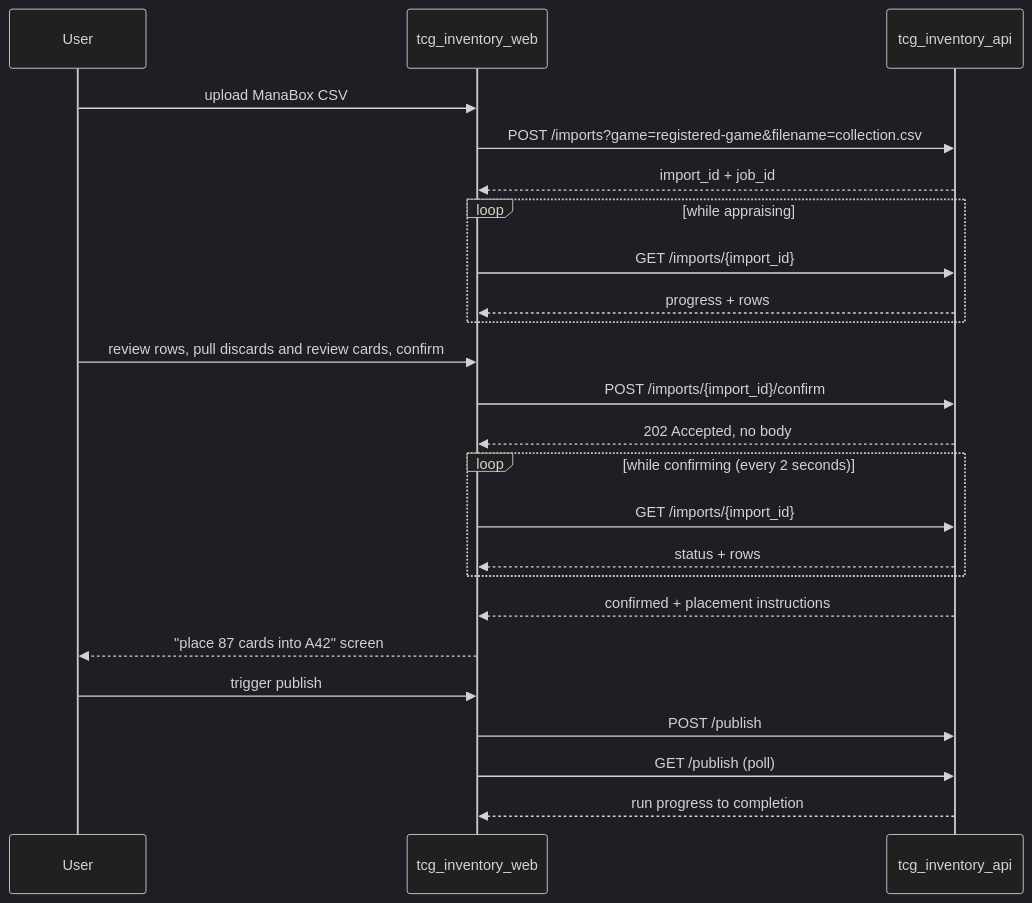
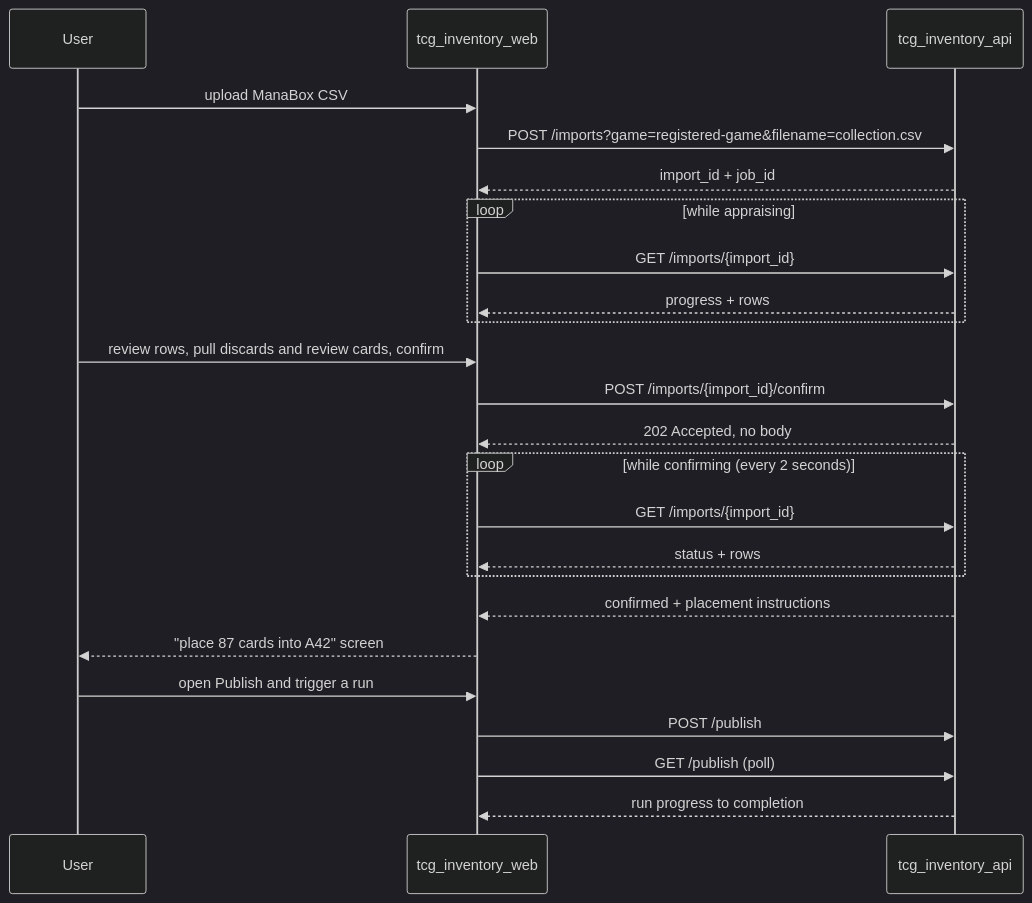
Before and after one commit to jordansimsmith/jordansimsmith-com: the second of 3 diagrams in tcg_inventory_web/README.md, drawn with Mermaid (dark theme). The commit also changed other lines of this file and 11 other files, not shown here.

````diff
--- a/tcg_inventory_web/README.md
+++ b/tcg_inventory_web/README.md
@@ -74,27 +74,27 @@
 ```mermaid
 sequenceDiagram
   participant user as User
   participant web as tcg_inventory_web
   participant api as tcg_inventory_api
 
   user->>web: upload ManaBox CSV
   web->>api: POST /imports?game=registered-game&filename=collection.csv
   api-->>web: import_id + job_id
   loop while appraising
     web->>api: GET /imports/{import_id}
     api-->>web: progress + rows
   end
   user->>web: review rows, pull discards and review cards, confirm
   web->>api: POST /imports/{import_id}/confirm
   api-->>web: 202 Accepted, no body
   loop while confirming (every 2 seconds)
     web->>api: GET /imports/{import_id}
     api-->>web: status + rows
   end
   api-->>web: confirmed + placement instructions
   web-->>user: "place 87 cards into A42" screen
-  user->>web: trigger publish
+  user->>web: open Publish and trigger a run
   web->>api: POST /publish
   web->>api: GET /publish (poll)
   api-->>web: run progress to completion
 ```
````
